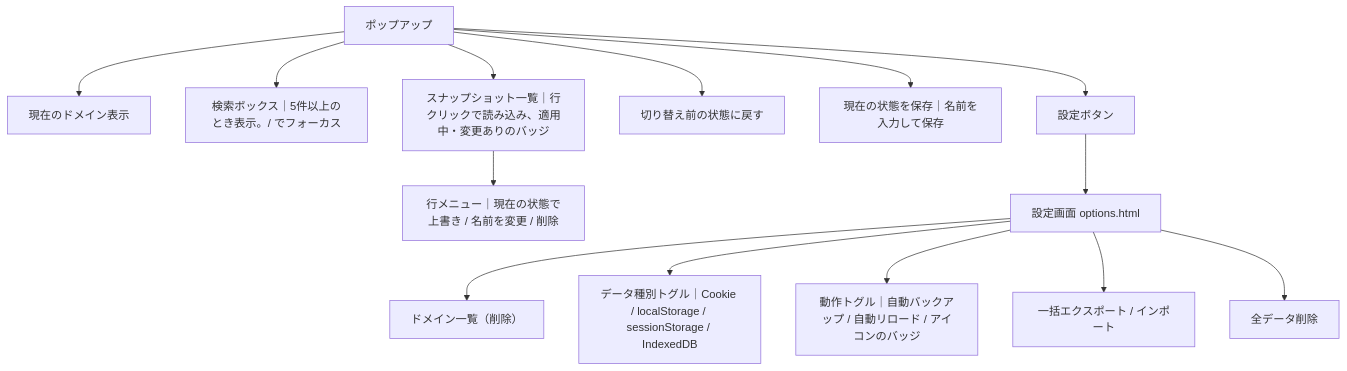
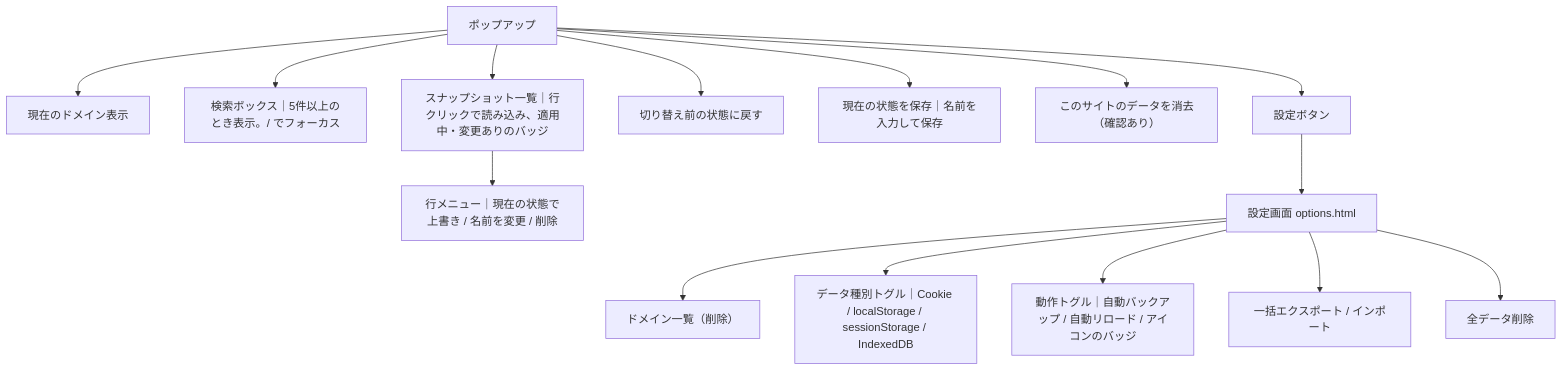
One commit to istb16/switch-browser-data-extension changed the first of 2 diagrams in CLAUDE.md. Above: the diagram before and after it, drawn with Mermaid. The commit also changed other lines of this file and 29 other files, not shown here.

````diff
--- a/CLAUDE.md
+++ b/CLAUDE.md
@@ -44,18 +48,19 @@
 ```mermaid
 graph TD
   popup["ポップアップ"]
   popup --> domain["現在のドメイン表示"]
   popup --> search["検索ボックス｜5件以上のとき表示。/ でフォーカス"]
   popup --> list["スナップショット一覧｜行クリックで読み込み、適用中・変更ありのバッジ"]
   list --> row_menu["行メニュー｜現在の状態で上書き / 名前を変更 / 削除"]
   popup --> undo["切り替え前の状態に戻す"]
   popup --> save["現在の状態を保存｜名前を入力して保存"]
+  popup --> clear_site["このサイトのデータを消去（確認あり）"]
   popup --> settings_btn["設定ボタン"]
   settings_btn --> options["設定画面 options.html"]
 
   options --> domain_list["ドメイン一覧（削除）"]
   options --> toggles["データ種別トグル｜Cookie / localStorage / sessionStorage / IndexedDB"]
   options --> behavior["動作トグル｜自動バックアップ / 自動リロード / アイコンのバッジ"]
   options --> export_import["一括エクスポート / インポート"]
   options --> clear["全データ削除"]
 ```
````
